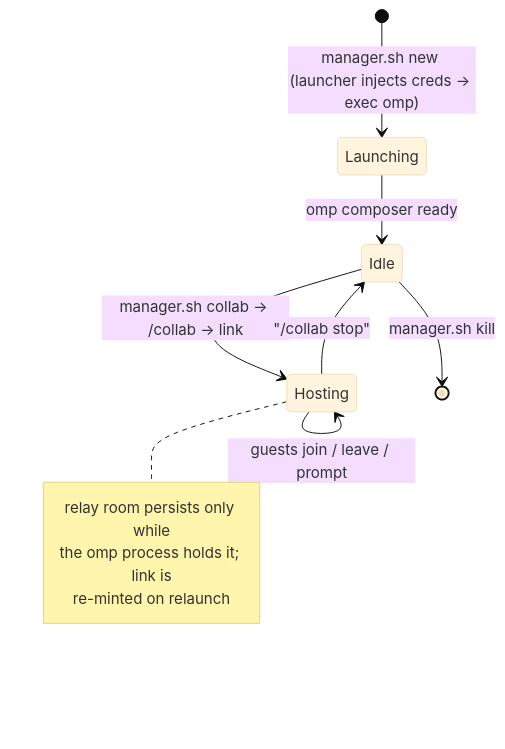
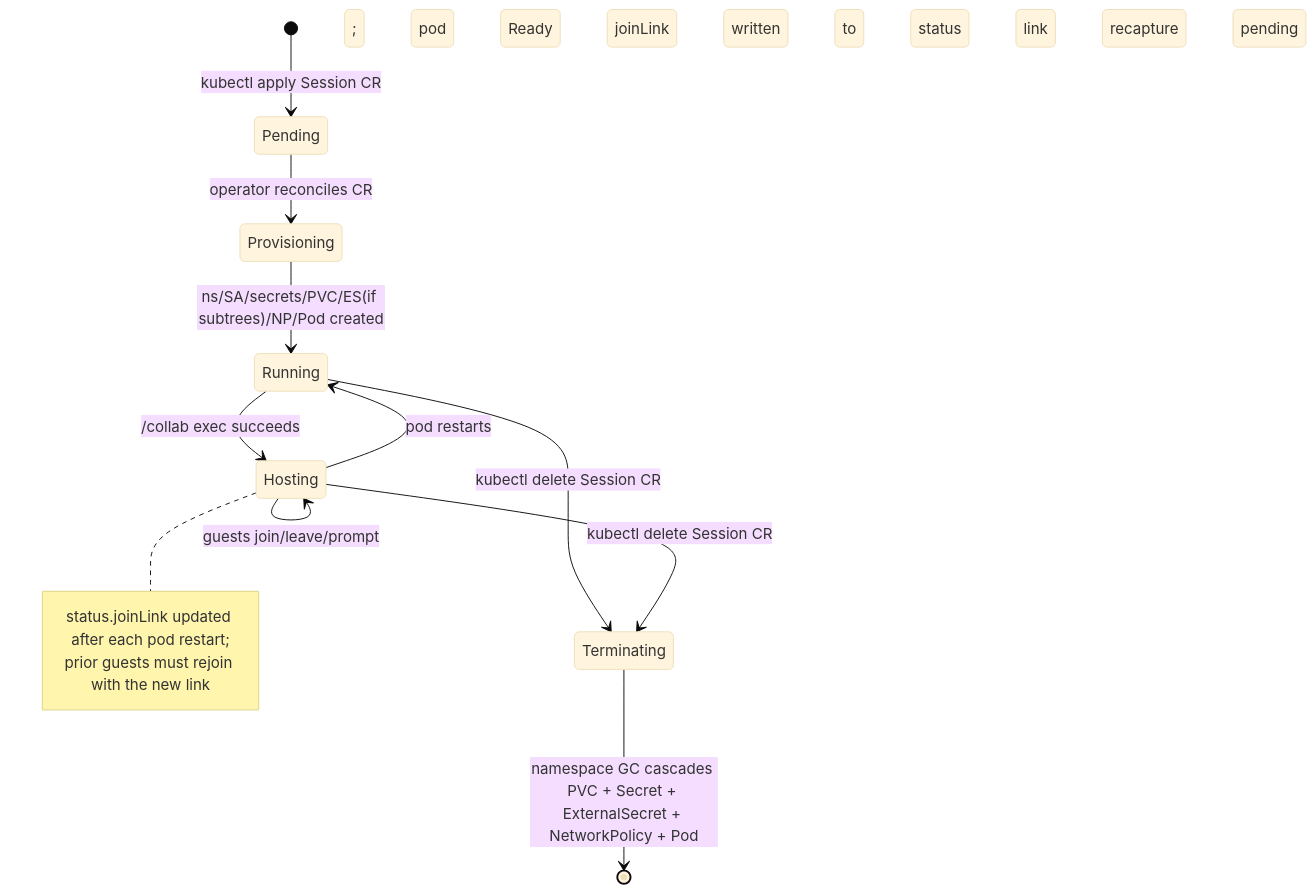
One commit to james-nesbitt/collab-agent changed the fifth of 5 diagrams in docs/architecture.md. Above: the diagram before and after it, drawn with Mermaid (base theme). The commit also changed other lines of this file and 36 other files, not shown here.

First line of the commit message:
Migrate from GCP VM/SSH/tmux to GKE Session operator (#7)

````diff
--- a/docs/architecture.md
+++ b/docs/architecture.md
@@ -208,14 +246,16 @@
 ```mermaid
 stateDiagram-v2
-  [*] --> Launching: manager.sh new (launcher injects creds → exec omp)
-  Launching --> Idle: omp composer ready
-  Idle --> Hosting: manager.sh collab → /collab → link
-  Hosting --> Hosting: guests join / leave / prompt
-  Hosting --> Idle: "/collab stop"
-  Idle --> [*]: manager.sh kill
+  [*] --> Pending: kubectl apply Session CR
+  Pending --> Provisioning: operator reconciles CR
+  Provisioning --> Running: ns/SA/secrets/PVC/ES(if subtrees)/NP/Pod created; pod Ready
+  Running --> Hosting: /collab exec succeeds; joinLink written to status
+  Hosting --> Hosting: guests join/leave/prompt
+  Hosting --> Running: pod restarts; link recapture pending
+  Running --> Terminating: kubectl delete Session CR
+  Hosting --> Terminating: kubectl delete Session CR
+  Terminating --> [*]: namespace GC cascades PVC + Secret + ExternalSecret + NetworkPolicy + Pod
   note right of Hosting
-    relay room persists only while
-    the omp process holds it; link is
-    re-minted on relaunch
+    status.joinLink updated after each pod restart;
+    prior guests must rejoin with the new link
   end note
 ```
````
